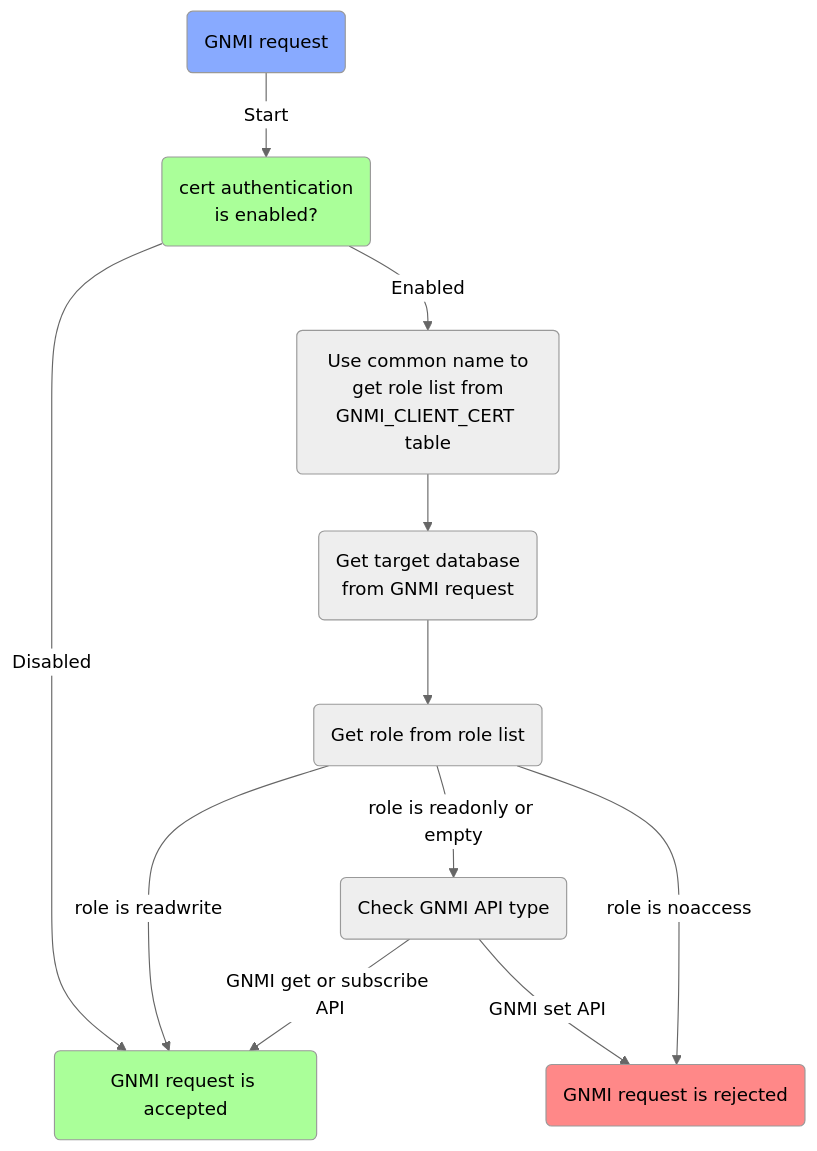
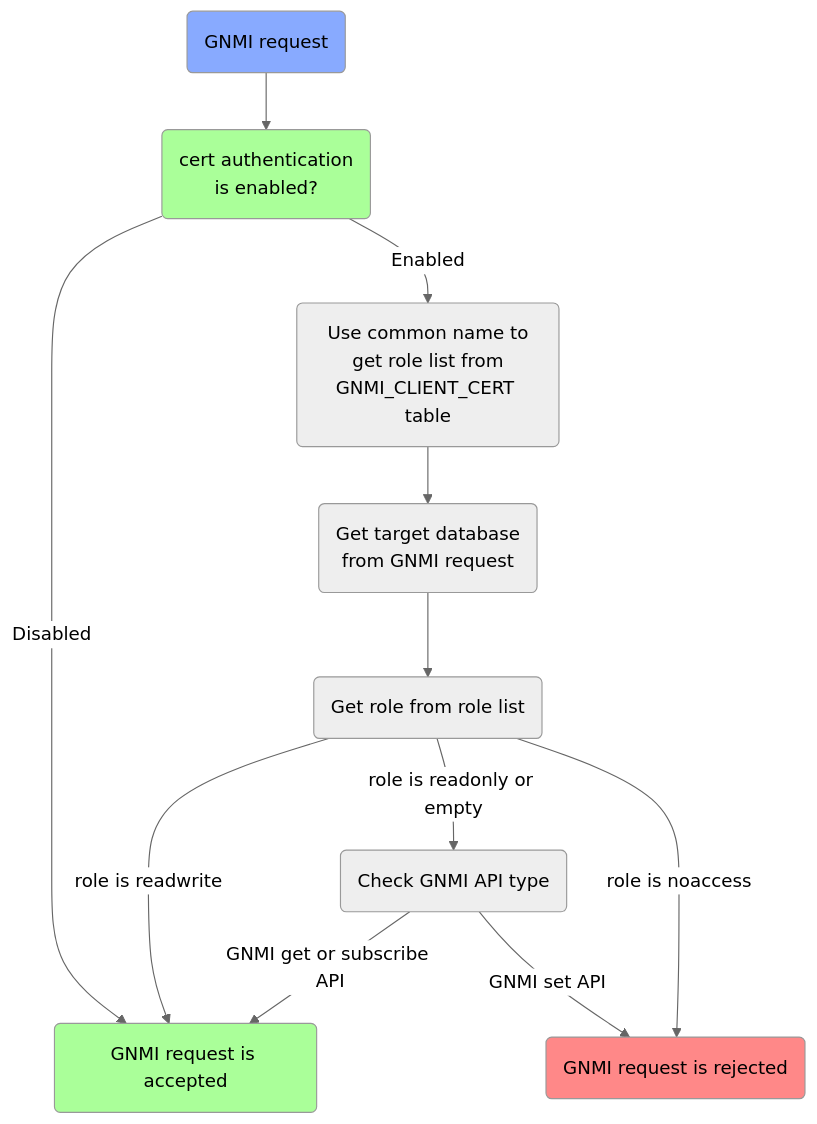
One commit to ganglyu/mermaid changed the diagram in gnmi_role.md. Above: the diagram before and after it, drawn with Mermaid (neutral theme).

````diff
--- a/gnmi_role.md
+++ b/gnmi_role.md
@@ -1,26 +1,26 @@
 ```mermaid
 flowchart
     id_request(GNMI request)
     style id_request fill:#8AF
     id_cert_auth(cert authentication<br>is enabled?)
     style id_cert_auth fill:#AF9
     id_get_role_list(Use common name to<br>get role list from<br>GNMI_CLIENT_CERT table)
     id_gnmi_access(Get target database<br>from GNMI request)
     id_get_role(Get role from role list)
     id_api_type(Check GNMI API type)
     id_request_auth(GNMI request is accepted)
     style id_request_auth fill:#AF9
     id_request_not_auth(GNMI request is rejected)
     style id_request_not_auth fill:#F88
 
-    id_request-->|Start|id_cert_auth
+    id_request-->id_cert_auth
     id_cert_auth-->|Disabled|id_request_auth
     id_cert_auth-->|Enabled|id_get_role_list
     id_get_role_list-->id_gnmi_access
     id_gnmi_access-->id_get_role
     id_get_role-->|role is readwrite|id_request_auth
     id_get_role-->|role is readonly or empty|id_api_type
     id_api_type-->|GNMI set API|id_request_not_auth
     id_get_role-->|role is noaccess|id_request_not_auth
     id_api_type-->|GNMI get or subscribe API|id_request_auth
 ```
````
